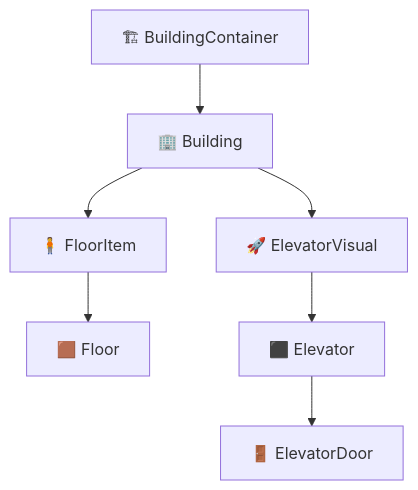
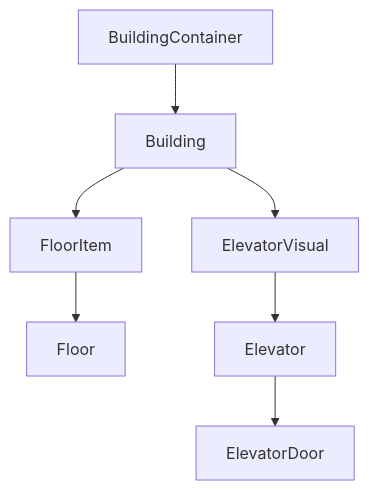
The fourth of 7 diagrams in README.md (shammaihamilton/elevator-simulator), drawn with Mermaid before and after one commit. The commit also changed other lines of this file, not shown here.

````diff
--- a/README.md
+++ b/README.md
@@ -69,10 +69,10 @@
 ```mermaid
 graph TD
-  App[🏗 BuildingContainer]
-  App --> Building[🏢 Building]
-  Building --> FloorItem[🧍 FloorItem]
-  FloorItem --> Floor[🟫 Floor]
-  Building --> ElevatorVisual[🚀 ElevatorVisual]
-  ElevatorVisual --> Elevator[⬛ Elevator]
-  Elevator --> ElevatorDoor[🚪 ElevatorDoor]
+  App[BuildingContainer]
+  App --> Building[Building]
+  Building --> FloorItem[FloorItem]
+  FloorItem --> Floor[Floor]
+  Building --> ElevatorVisual[ElevatorVisual]
+  ElevatorVisual --> Elevator[Elevator]
+  Elevator --> ElevatorDoor[ElevatorDoor]
 ```
````
